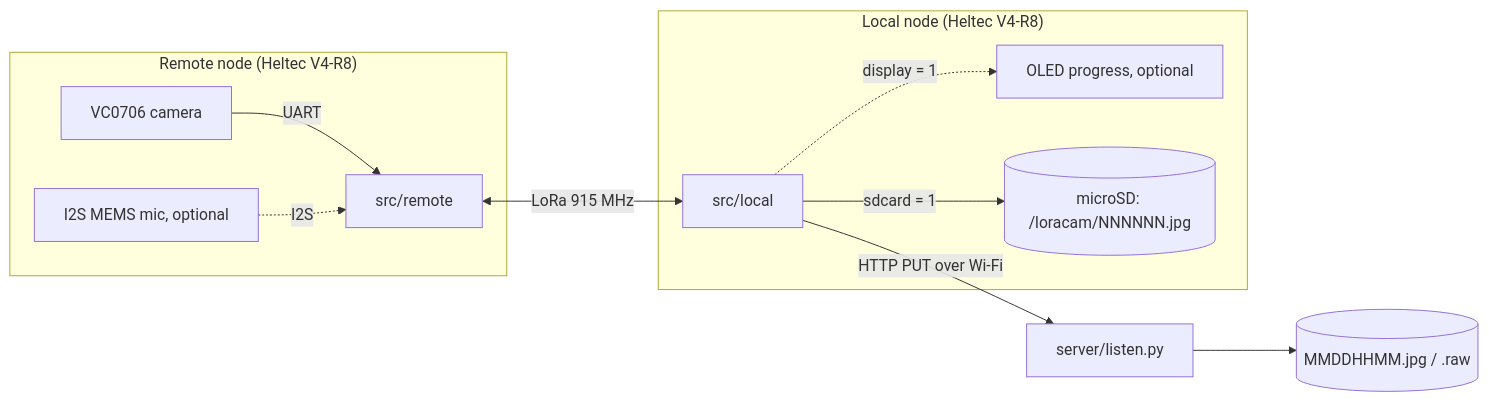
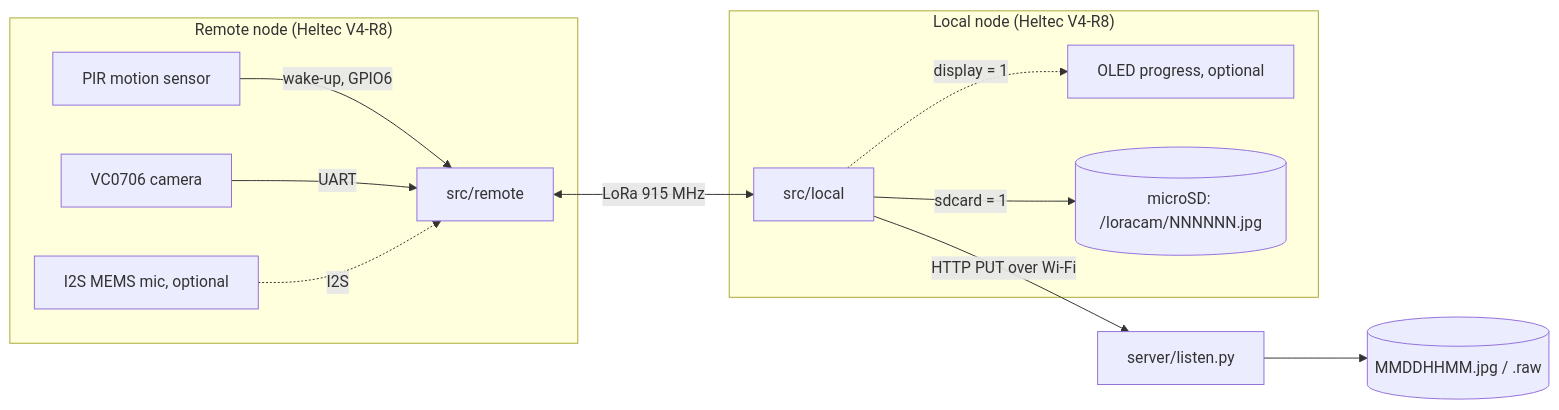
One commit to gfnord/loracamera changed the diagram in docs/README.md. Above: the diagram before and after it, drawn with Mermaid. The commit also changed other lines of this file and 13 other files, not shown here.

````diff
--- a/docs/README.md
+++ b/docs/README.md
@@ -5,14 +5,15 @@
 ```mermaid
 flowchart LR
     subgraph Field["Remote node (Heltec V4-R8)"]
+        PIR[PIR motion sensor] -->|wake-up, GPIO6| R
         CAM[VC0706 camera] -->|UART| R[src/remote]
         MIC[I2S MEMS mic, optional] -.->|I2S| R
     end
     subgraph Base["Local node (Heltec V4-R8)"]
         L[src/local] -.->|display = 1| OLED[OLED progress, optional]
         L -->|sdcard = 1| SD[(microSD: /loracam/NNNNNN.jpg)]
     end
     R <-->|LoRa 915 MHz| L
     L -->|HTTP PUT over Wi-Fi| S[server/listen.py]
     S --> F[(MMDDHHMM.jpg / .raw)]
 ```
````
